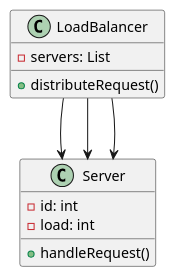
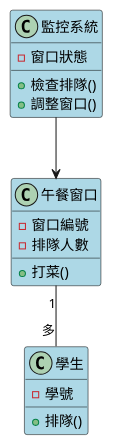
One commit to fine5351/info-sync changed the first of 3 diagrams in doc/learning/architecture/horizontal_scaling_tutorial.md. Above: the diagram before and after it, drawn with PlantUML. The commit also changed other lines of this file and 35 other files, not shown here.

````diff
--- a/doc/learning/architecture/horizontal_scaling_tutorial.md
+++ b/doc/learning/architecture/horizontal_scaling_tutorial.md
@@ -85,18 +65,27 @@
 ```plantuml
 @startuml
-class LoadBalancer {
-    - servers: List
-    + distributeRequest()
+skinparam backgroundColor white
+skinparam classBackgroundColor lightblue
+skinparam classBorderColor black
+
+class "午餐窗口" as Window {
+    - 窗口編號
+    - 排隊人數
+    + 打菜()
 }
 
-class Server {
-    - id: int
-    - load: int
-    + handleRequest()
+class "學生" as Student {
+    - 學號
+    + 排隊()
 }
 
-LoadBalancer --> Server
-LoadBalancer --> Server
-LoadBalancer --> Server
+class "監控系統" as Monitor {
+    - 窗口狀態
+    + 檢查排隊()
+    + 調整窗口()
+}
+
+Window "1" -- "多" Student
+Monitor --> Window
 @enduml
 ```
````
